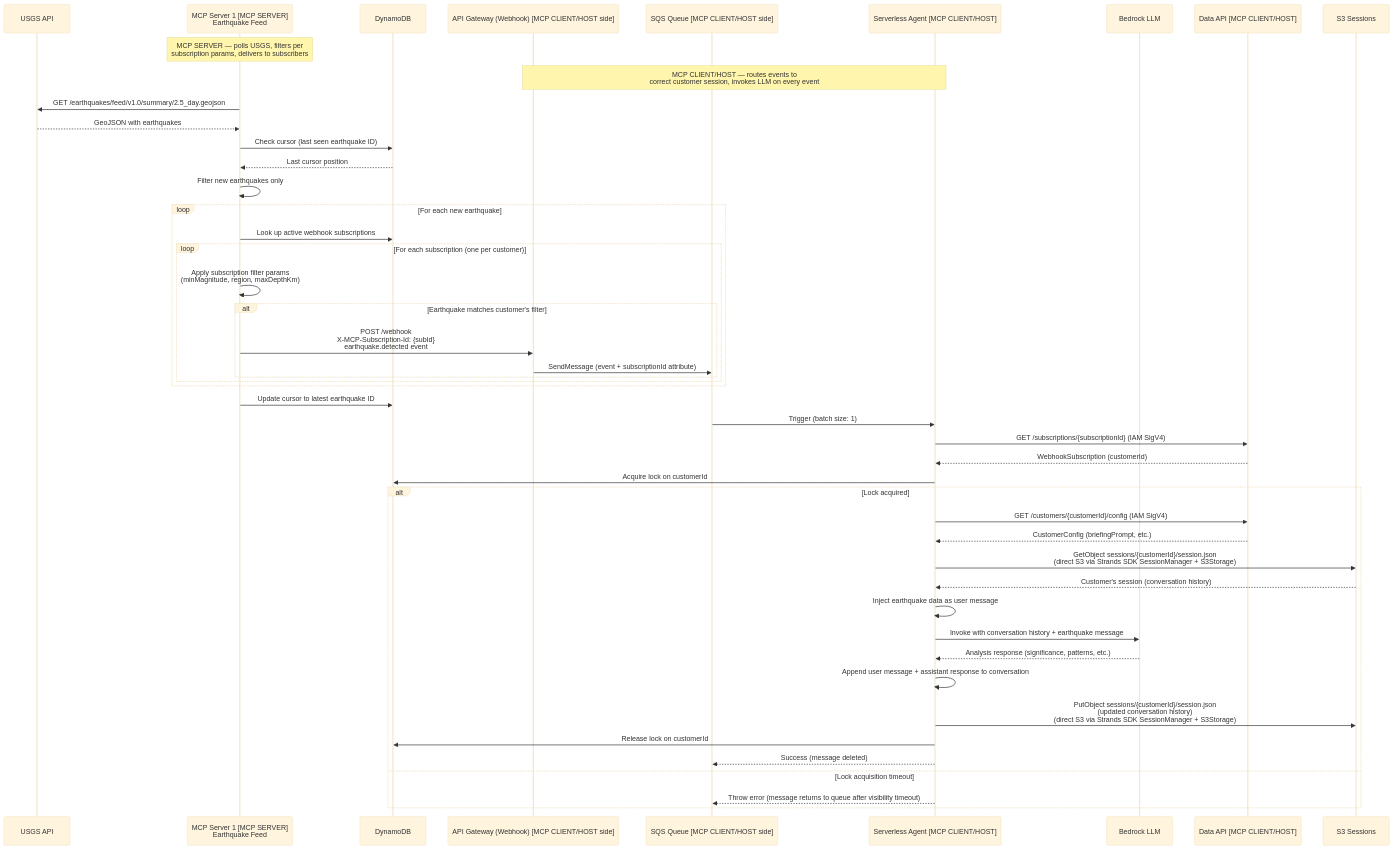
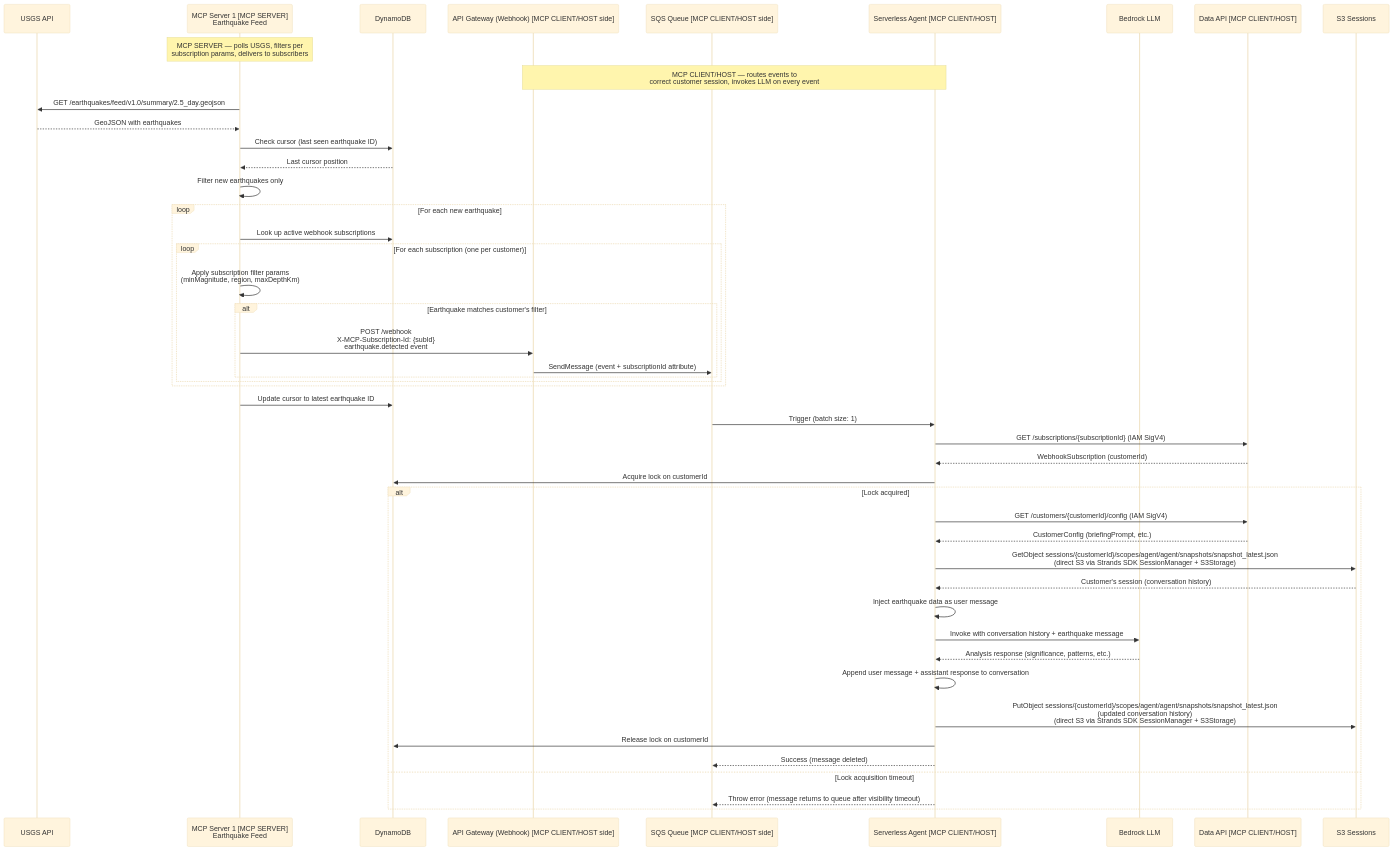
Before and after one commit to clareliguori/mcp-triggers-events-samples: the ninth of 12 diagrams in .kiro/specs/mcp-events-serverless-agent/design.md, drawn with Mermaid (base theme). The commit also changed other lines of this file and 14 other files, not shown here.

First line of the commit message:
Use the Strands SDK S3Storage for agent session persistence

````diff
--- a/.kiro/specs/mcp-events-serverless-agent/design.md
+++ b/.kiro/specs/mcp-events-serverless-agent/design.md
@@ -228,54 +228,54 @@
 ```mermaid
 sequenceDiagram
     participant USGS as USGS API
     participant MCP1 as MCP Server 1 [MCP SERVER]<br/>Earthquake Feed
     participant DDB as DynamoDB
     participant APIG as API Gateway (Webhook) [MCP CLIENT/HOST side]
     participant SQS as SQS Queue [MCP CLIENT/HOST side]
     participant Agent as Serverless Agent [MCP CLIENT/HOST]
     participant LLM as Bedrock LLM
     participant DataAPI as Data API [MCP CLIENT/HOST]
     participant S3S as S3 Sessions
 
     Note over MCP1: MCP SERVER — polls USGS, filters per<br/>subscription params, delivers to subscribers
     Note over APIG,Agent: MCP CLIENT/HOST — routes events to<br/>correct customer session, invokes LLM on every event
 
     MCP1->>USGS: GET /earthquakes/feed/v1.0/summary/2.5_day.geojson
     USGS-->>MCP1: GeoJSON with earthquakes
     MCP1->>DDB: Check cursor (last seen earthquake ID)
     DDB-->>MCP1: Last cursor position
     MCP1->>MCP1: Filter new earthquakes only
 
     loop For each new earthquake
         MCP1->>DDB: Look up active webhook subscriptions
         loop For each subscription (one per customer)
             MCP1->>MCP1: Apply subscription filter params<br/>(minMagnitude, region, maxDepthKm)
             alt Earthquake matches customer's filter
                 MCP1->>APIG: POST /webhook<br/>X-MCP-Subscription-Id: {subId}<br/>earthquake.detected event
                 APIG->>SQS: SendMessage (event + subscriptionId attribute)
             end
         end
     end
 
     MCP1->>DDB: Update cursor to latest earthquake ID
 
     SQS->>Agent: Trigger (batch size: 1)
     Agent->>DataAPI: GET /subscriptions/{subscriptionId} (IAM SigV4)
     DataAPI-->>Agent: WebhookSubscription (customerId)
     Agent->>DDB: Acquire lock on customerId
     alt Lock acquired
         Agent->>DataAPI: GET /customers/{customerId}/config (IAM SigV4)
         DataAPI-->>Agent: CustomerConfig (briefingPrompt, etc.)
-        Agent->>S3S: GetObject sessions/{customerId}/session.json<br/>(direct S3 via Strands SDK SessionManager + S3Storage)
+        Agent->>S3S: GetObject sessions/{customerId}/scopes/agent/agent/snapshots/snapshot_latest.json<br/>(direct S3 via Strands SDK SessionManager + S3Storage)
         S3S-->>Agent: Customer's session (conversation history)
         Agent->>Agent: Inject earthquake data as user message
         Agent->>LLM: Invoke with conversation history + earthquake message
         LLM-->>Agent: Analysis response (significance, patterns, etc.)
         Agent->>Agent: Append user message + assistant response to conversation
-        Agent->>S3S: PutObject sessions/{customerId}/session.json<br/>(updated conversation history)<br/>(direct S3 via Strands SDK SessionManager + S3Storage)
+        Agent->>S3S: PutObject sessions/{customerId}/scopes/agent/agent/snapshots/snapshot_latest.json<br/>(updated conversation history)<br/>(direct S3 via Strands SDK SessionManager + S3Storage)
         Agent->>DDB: Release lock on customerId
         Agent-->>SQS: Success (message deleted)
     else Lock acquisition timeout
         Agent-->>SQS: Throw error (message returns to queue after visibility timeout)
     end
 ```
````
